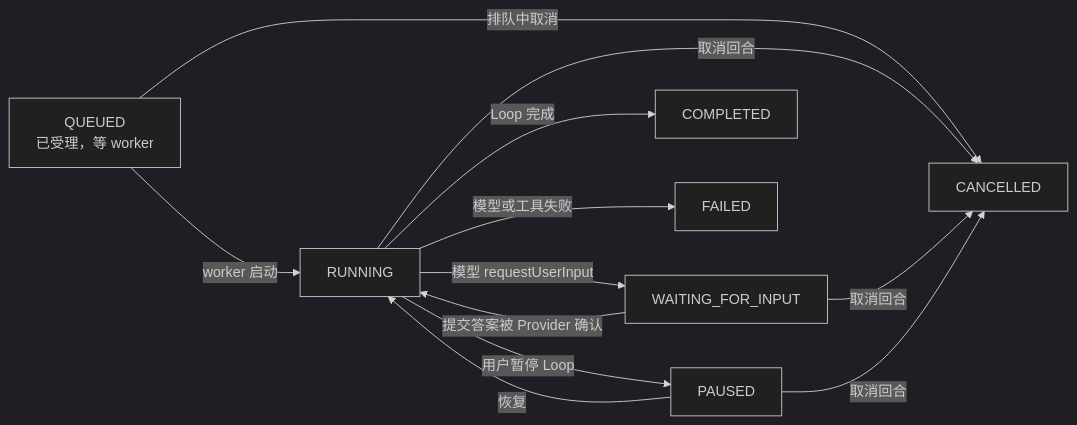
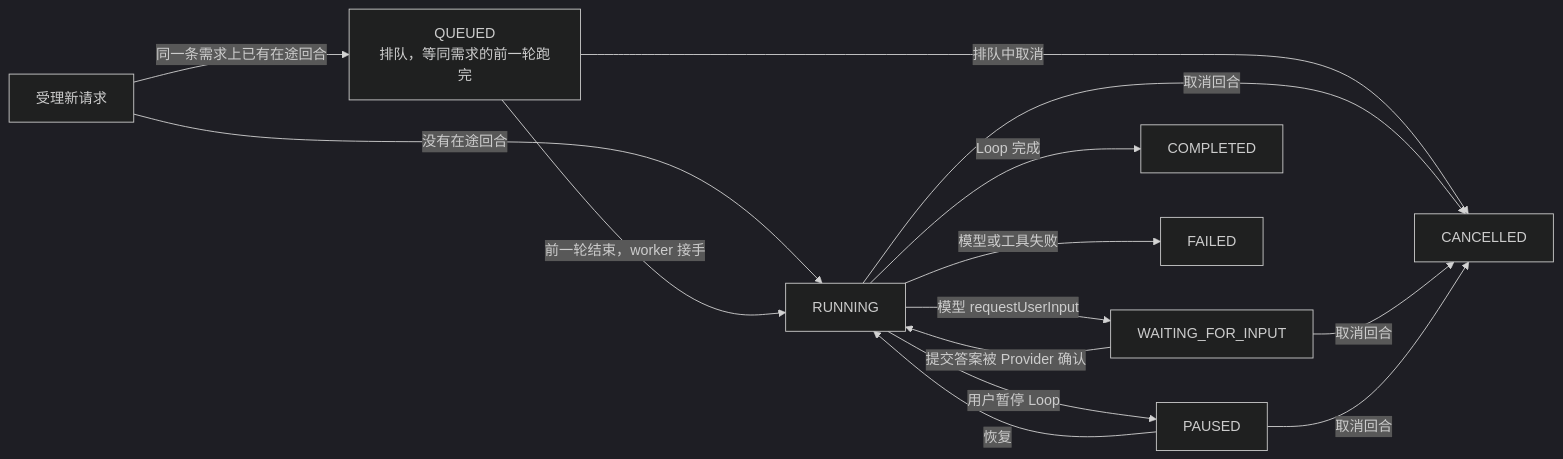
The first of 10 diagrams in docs/消息类型及事件状态机流程图.md (DigitalMarsh/pipeline-factory), drawn with Mermaid (dark theme) before and after one commit. The commit also changed other lines of this file and 1 other file, not shown here.

First line of the commit message:
docs: §1.3 A 的状态机画错了——QUEUED 不是每个回合的入口

````diff
--- a/docs/消息类型及事件状态机流程图.md
+++ b/docs/消息类型及事件状态机流程图.md
@@ -500,14 +509,16 @@
 ```mermaid
 flowchart LR
-  Q["QUEUED<br/>已受理，等 worker"] -->|"worker 启动"| R["RUNNING"]
+  A["受理新请求"] -->|"同一条需求上已有在途回合"| Q["QUEUED<br/>排队，等同需求的前一轮跑完"]
+  A -->|"没有在途回合"| R["RUNNING"]
+  Q -->|"前一轮结束，worker 接手"| R
   R -->|"模型 requestUserInput"| W["WAITING_FOR_INPUT"]
   W -->|"提交答案被 Provider 确认"| R
   R -->|"用户暂停 Loop"| P["PAUSED"]
   P -->|"恢复"| R
   R -->|"Loop 完成"| C["COMPLETED"]
   R -->|"模型或工具失败"| F["FAILED"]
   Q -->|"排队中取消"| X["CANCELLED"]
   R -->|"取消回合"| X
   W -->|"取消回合"| X
   P -->|"取消回合"| X
 ```
````
